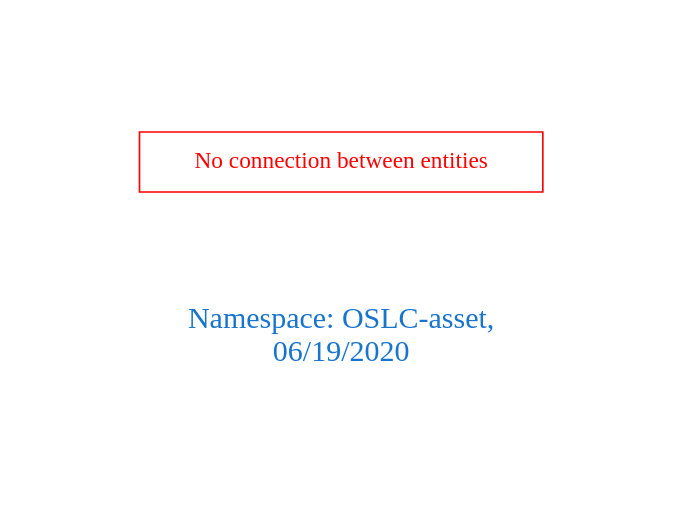
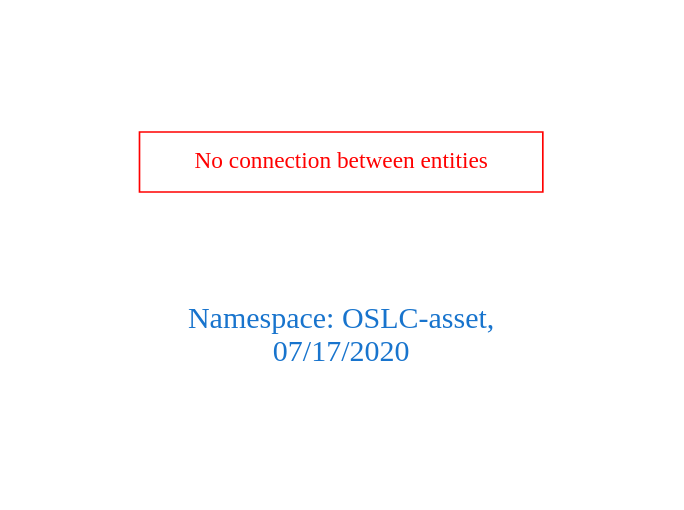
Before and after one commit to arago/OGIT: the diagram in downloads/OSLC-asset.dot, drawn with Graphviz. The commit also changed 1777 other files, not shown here.

```diff
--- a/downloads/OSLC-asset.dot
+++ b/downloads/OSLC-asset.dot
@@ -1,9 +1,9 @@
 digraph OGIT_ontology {
  graph [ rankdir= LR,pad=1 
 fontsize = 18,
-fontcolor= dodgerblue3,label = "\n\n\nNamespace: OSLC-asset, \n 06/19/2020"];
+fontcolor= dodgerblue3,label = "\n\n\nNamespace: OSLC-asset, \n 07/17/2020"];
 node[shape=polygon];
 edge [  color="gray81"];
 
 "No connection between entities" [fontcolor = "red",color="red", shape="polygon"]
 }
```
